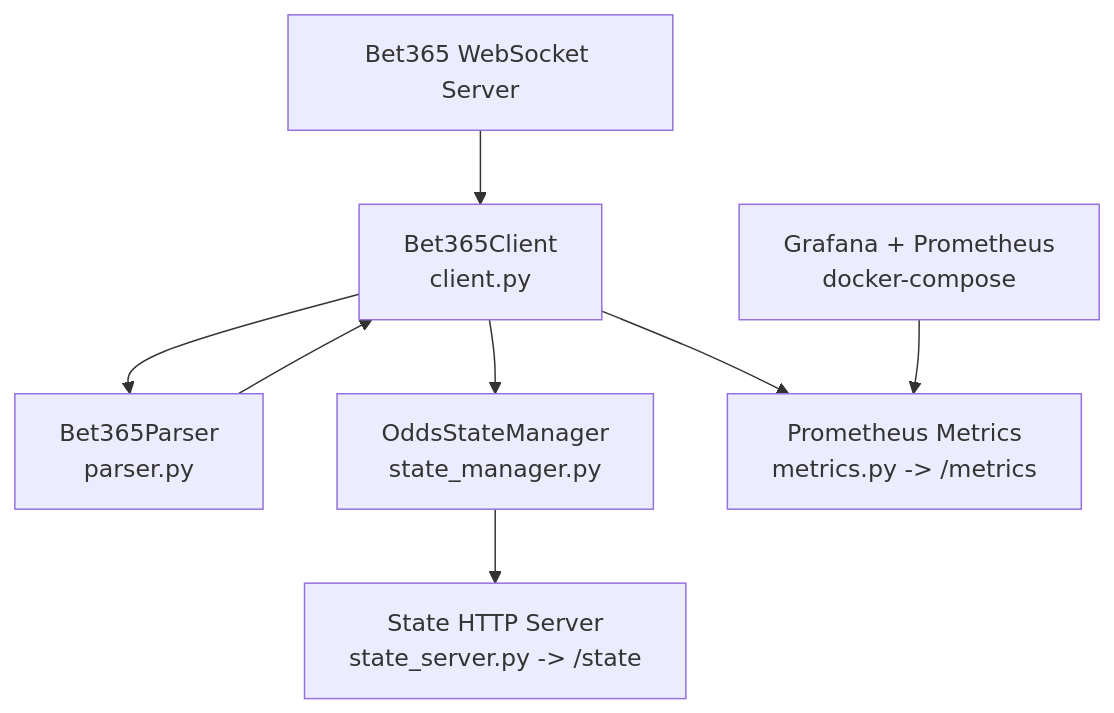
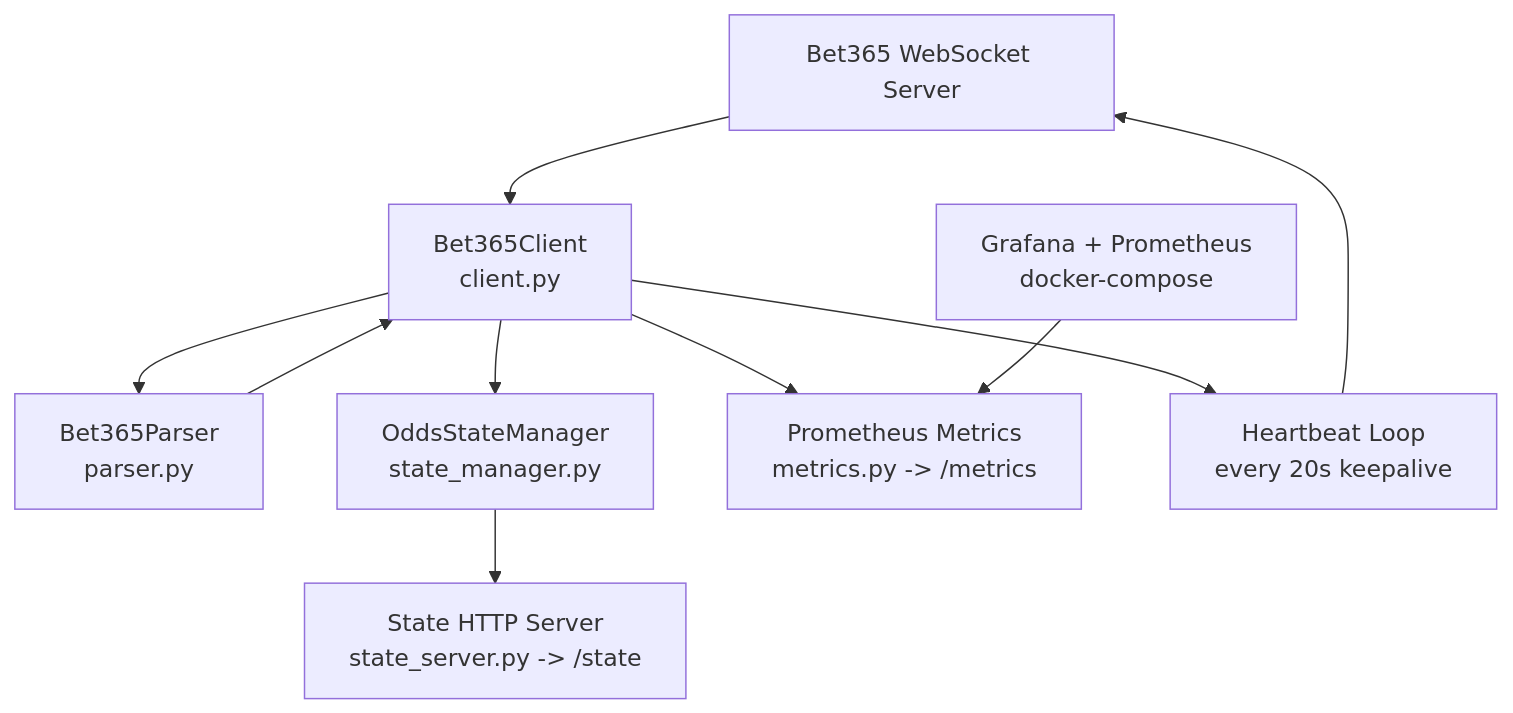
One commit to robert-7/Bet365-Odds-Websocket-Delta-Parser changed the diagram in README.md. Above: the diagram before and after it, drawn with Mermaid. The commit also changed other lines of this file and 7 other files, not shown here.

````diff
--- a/README.md
+++ b/README.md
@@ -17,10 +17,12 @@
 ```mermaid
 flowchart TD
     A[Bet365 WebSocket Server] --> B[Bet365Client<br/>client.py]
     B --> C[Bet365Parser<br/>parser.py]
     C --> B
     B --> D[OddsStateManager<br/>state_manager.py]
     B --> E[Prometheus Metrics<br/>metrics.py -> /metrics]
     D --> F[State HTTP Server<br/>state_server.py -> /state]
+    B --> H[Heartbeat Loop<br/>every 20s keepalive]
+    H --> A
     G[Grafana + Prometheus<br/>docker-compose] --> E
 ```
````
